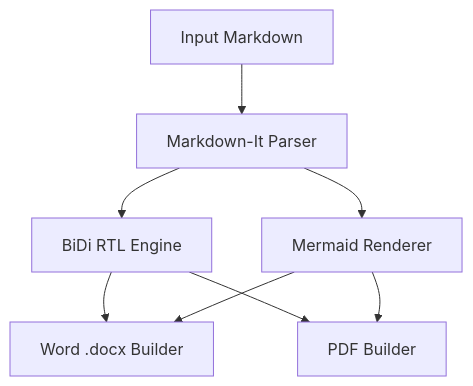
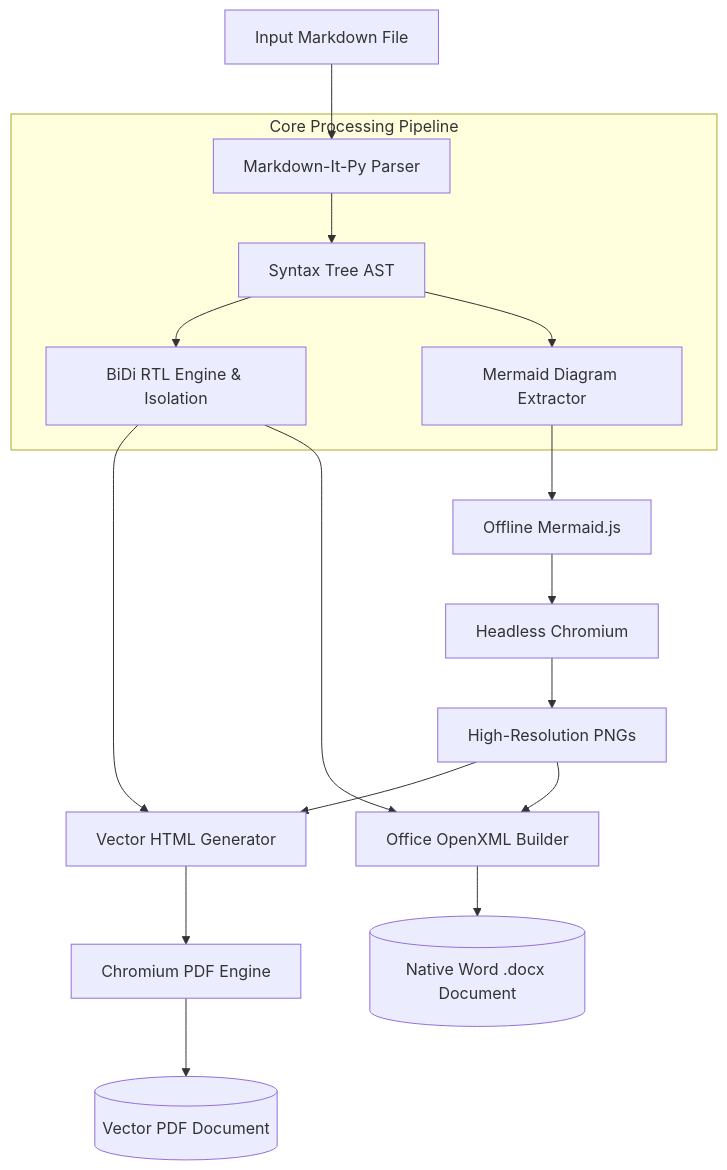
Before and after one commit to hamid-morsali-786/MdPersia: the fifth of 5 diagrams in README.en.md, drawn with Mermaid. The commit also changed other lines of this file and 2 other files, not shown here.

````diff
--- a/README.en.md
+++ b/README.en.md
@@ -155,10 +427,23 @@
 ```mermaid
 flowchart TD
-    MD[Input Markdown] --> AST[Markdown-It Parser]
-    AST --> BiDi[BiDi RTL Engine]
-    AST --> Mermaid[Mermaid Renderer]
-    BiDi --> Word[Word .docx Builder]
-    BiDi --> PDF[PDF Builder]
-    Mermaid --> Word
-    Mermaid --> PDF
+    MD[Input Markdown File] --> Parser[Markdown-It-Py Parser]
+    
+    subgraph Core Processing Pipeline
+        Parser --> AST[Syntax Tree AST]
+        AST --> BiDi[BiDi RTL Engine & Isolation]
+        AST --> MermaidExt[Mermaid Diagram Extractor]
+    end
+
+    MermaidExt --> LocalMermaid[Offline Mermaid.js]
+    LocalMermaid --> Chromium[Headless Chromium]
+    Chromium --> PNG[High-Resolution PNGs]
+
+    BiDi --> HTMLGen[Vector HTML Generator]
+    PNG --> HTMLGen
+    HTMLGen --> ChromiumPDF[Chromium PDF Engine]
+    ChromiumPDF --> PDFOut[(Vector PDF Document)]
+
+    BiDi --> DocxGen[Office OpenXML Builder]
+    PNG --> DocxGen
+    DocxGen --> WordOut[(Native Word .docx Document)]
 ```
````
